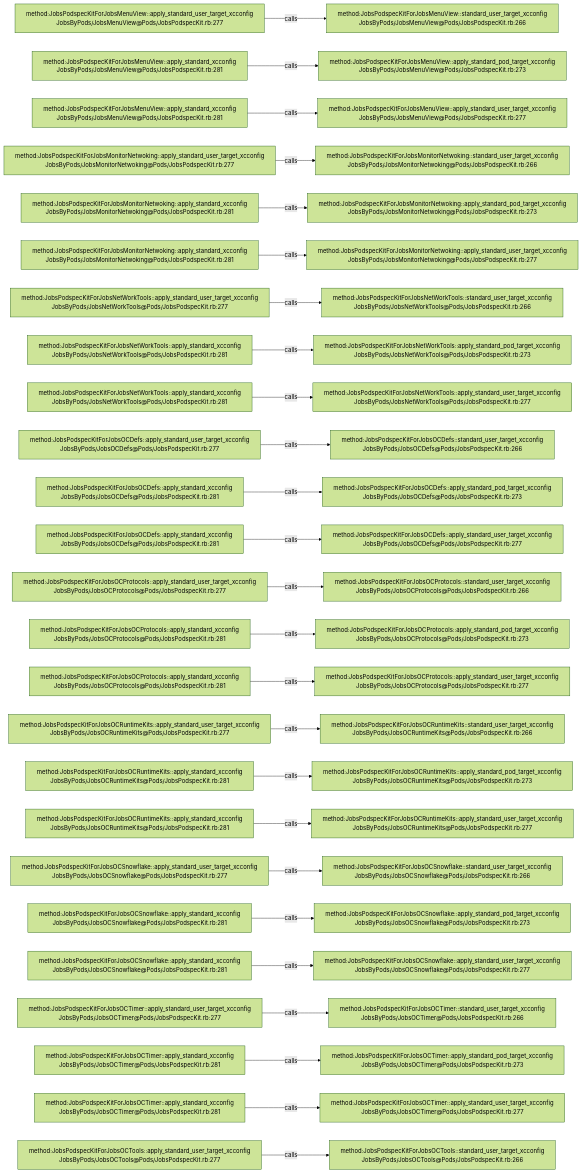
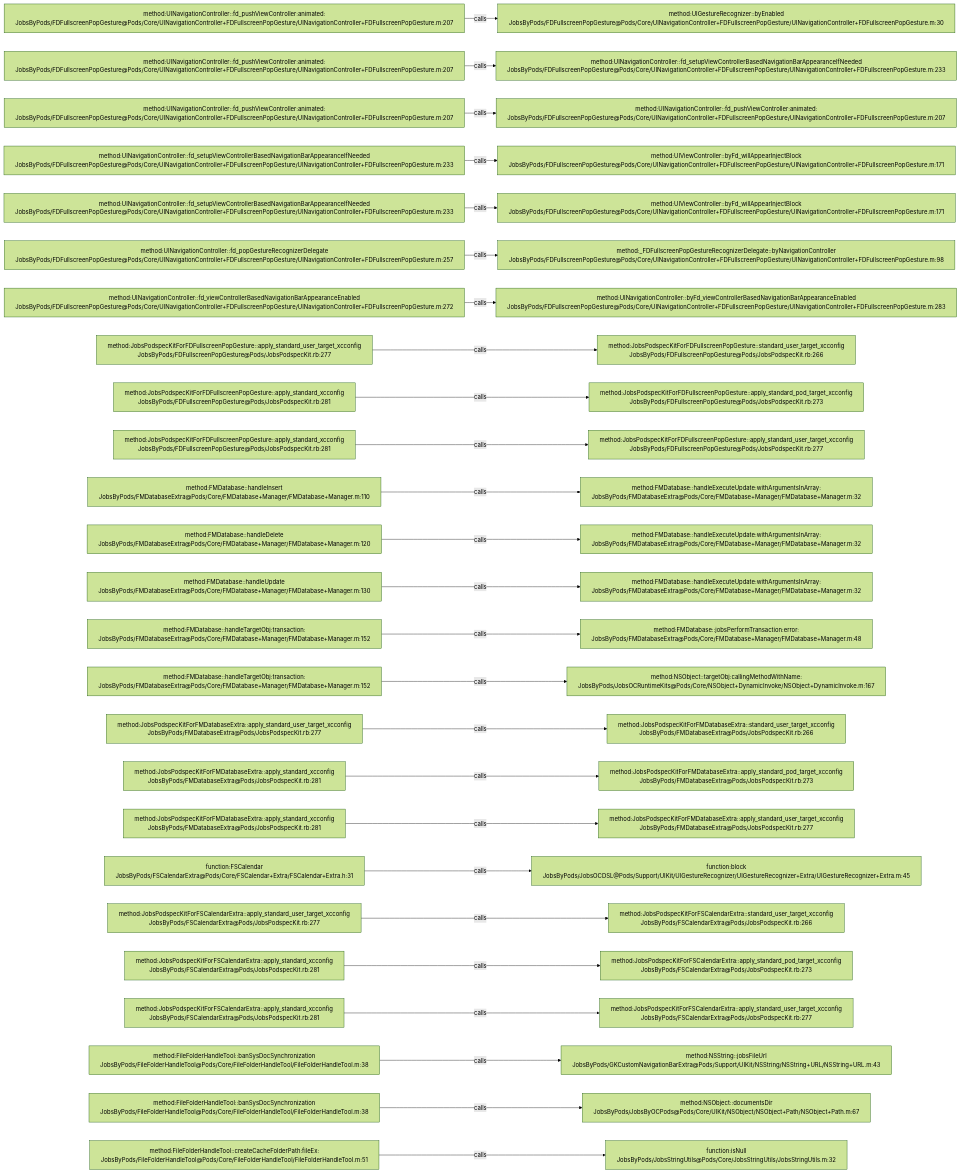
Before and after one commit to JobsKits/JobsOCBaseConfigDemo: the diagram in .codegraph/codegraph.md/graphs/calls-004.md, drawn with Mermaid (forest theme). The commit also changed 768 other files, not shown here.

````diff
--- a/.codegraph/codegraph.md/graphs/calls-004.md
+++ b/.codegraph/codegraph.md/graphs/calls-004.md
@@ -13,78 +13,78 @@
 ```mermaid
 flowchart LR
-  S1["method:JobsPodspecKitForJobsMenuView::apply_standard_user_target_xcconfig<br/>JobsByPods/JobsMenuView@Pods/JobsPodspecKit.rb:277"]
-  T1["method:JobsPodspecKitForJobsMenuView::standard_user_target_xcconfig<br/>JobsByPods/JobsMenuView@Pods/JobsPodspecKit.rb:266"]
+  S1["method:UINavigationController::fd_pushViewController:animated:<br/>JobsByPods/FDFullscreenPopGesture@Pods/Core/UINavigationController+FDFullscreenPopGesture/UINavigationController+FDFullscreenPopGesture.m:207"]
+  T1["method:UIGestureRecognizer::byEnabled<br/>JobsByPods/FDFullscreenPopGesture@Pods/Core/UINavigationController+FDFullscreenPopGesture/UINavigationController+FDFullscreenPopGesture.m:30"]
   S1 -->|calls| T1
-  S2["method:JobsPodspecKitForJobsMenuView::apply_standard_xcconfig<br/>JobsByPods/JobsMenuView@Pods/JobsPodspecKit.rb:281"]
-  T2["method:JobsPodspecKitForJobsMenuView::apply_standard_pod_target_xcconfig<br/>JobsByPods/JobsMenuView@Pods/JobsPodspecKit.rb:273"]
+  S2["method:UINavigationController::fd_pushViewController:animated:<br/>JobsByPods/FDFullscreenPopGesture@Pods/Core/UINavigationController+FDFullscreenPopGesture/UINavigationController+FDFullscreenPopGesture.m:207"]
+  T2["method:UINavigationController::fd_setupViewControllerBasedNavigationBarAppearanceIfNeeded<br/>JobsByPods/FDFullscreenPopGesture@Pods/Core/UINavigationController+FDFullscreenPopGesture/UINavigationController+FDFullscreenPopGesture.m:233"]
   S2 -->|calls| T2
-  S3["method:JobsPodspecKitForJobsMenuView::apply_standard_xcconfig<br/>JobsByPods/JobsMenuView@Pods/JobsPodspecKit.rb:281"]
-  T3["method:JobsPodspecKitForJobsMenuView::apply_standard_user_target_xcconfig<br/>JobsByPods/JobsMenuView@Pods/JobsPodspecKit.rb:277"]
+  S3["method:UINavigationController::fd_pushViewController:animated:<br/>JobsByPods/FDFullscreenPopGesture@Pods/Core/UINavigationController+FDFullscreenPopGesture/UINavigationController+FDFullscreenPopGesture.m:207"]
+  T3["method:UINavigationController::fd_pushViewController:animated:<br/>JobsByPods/FDFullscreenPopGesture@Pods/Core/UINavigationController+FDFullscreenPopGesture/UINavigationController+FDFullscreenPopGesture.m:207"]
   S3 -->|calls| T3
-  S4["method:JobsPodspecKitForJobsMonitorNetwoking::apply_standard_user_target_xcconfig<br/>JobsByPods/JobsMonitorNetwoking@Pods/JobsPodspecKit.rb:277"]
-  T4["method:JobsPodspecKitForJobsMonitorNetwoking::standard_user_target_xcconfig<br/>JobsByPods/JobsMonitorNetwoking@Pods/JobsPodspecKit.rb:266"]
+  S4["method:UINavigationController::fd_setupViewControllerBasedNavigationBarAppearanceIfNeeded<br/>JobsByPods/FDFullscreenPopGesture@Pods/Core/UINavigationController+FDFullscreenPopGesture/UINavigationController+FDFullscreenPopGesture.m:233"]
+  T4["method:UIViewController::byFd_willAppearInjectBlock<br/>JobsByPods/FDFullscreenPopGesture@Pods/Core/UINavigationController+FDFullscreenPopGesture/UINavigationController+FDFullscreenPopGesture.m:171"]
   S4 -->|calls| T4
-  S5["method:JobsPodspecKitForJobsMonitorNetwoking::apply_standard_xcconfig<br/>JobsByPods/JobsMonitorNetwoking@Pods/JobsPodspecKit.rb:281"]
-  T5["method:JobsPodspecKitForJobsMonitorNetwoking::apply_standard_pod_target_xcconfig<br/>JobsByPods/JobsMonitorNetwoking@Pods/JobsPodspecKit.rb:273"]
+  S5["method:UINavigationController::fd_setupViewControllerBasedNavigationBarAppearanceIfNeeded<br/>JobsByPods/FDFullscreenPopGesture@Pods/Core/UINavigationController+FDFullscreenPopGesture/UINavigationController+FDFullscreenPopGesture.m:233"]
+  T5["method:UIViewController::byFd_willAppearInjectBlock<br/>JobsByPods/FDFullscreenPopGesture@Pods/Core/UINavigationController+FDFullscreenPopGesture/UINavigationController+FDFullscreenPopGesture.m:171"]
   S5 -->|calls| T5
-  S6["method:JobsPodspecKitForJobsMonitorNetwoking::apply_standard_xcconfig<br/>JobsByPods/JobsMonitorNetwoking@Pods/JobsPodspecKit.rb:281"]
-  T6["method:JobsPodspecKitForJobsMonitorNetwoking::apply_standard_user_target_xcconfig<br/>JobsByPods/JobsMonitorNetwoking@Pods/JobsPodspecKit.rb:277"]
+  S6["method:UINavigationController::fd_popGestureRecognizerDelegate<br/>JobsByPods/FDFullscreenPopGesture@Pods/Core/UINavigationController+FDFullscreenPopGesture/UINavigationController+FDFullscreenPopGesture.m:257"]
+  T6["method:_FDFullscreenPopGestureRecognizerDelegate::byNavigationController<br/>JobsByPods/FDFullscreenPopGesture@Pods/Core/UINavigationController+FDFullscreenPopGesture/UINavigationController+FDFullscreenPopGesture.m:98"]
   S6 -->|calls| T6
-  S7["method:JobsPodspecKitForJobsNetWorkTools::apply_standard_user_target_xcconfig<br/>JobsByPods/JobsNetWorkTools@Pods/JobsPodspecKit.rb:277"]
-  T7["method:JobsPodspecKitForJobsNetWorkTools::standard_user_target_xcconfig<br/>JobsByPods/JobsNetWorkTools@Pods/JobsPodspecKit.rb:266"]
+  S7["method:UINavigationController::fd_viewControllerBasedNavigationBarAppearanceEnabled<br/>JobsByPods/FDFullscreenPopGesture@Pods/Core/UINavigationController+FDFullscreenPopGesture/UINavigationController+FDFullscreenPopGesture.m:272"]
+  T7["method:UINavigationController::byFd_viewControllerBasedNavigationBarAppearanceEnabled<br/>JobsByPods/FDFullscreenPopGesture@Pods/Core/UINavigationController+FDFullscreenPopGesture/UINavigationController+FDFullscreenPopGesture.m:283"]
   S7 -->|calls| T7
-  S8["method:JobsPodspecKitForJobsNetWorkTools::apply_standard_xcconfig<br/>JobsByPods/JobsNetWorkTools@Pods/JobsPodspecKit.rb:281"]
-  T8["method:JobsPodspecKitForJobsNetWorkTools::apply_standard_pod_target_xcconfig<br/>JobsByPods/JobsNetWorkTools@Pods/JobsPodspecKit.rb:273"]
+  S8["method:JobsPodspecKitForFDFullscreenPopGesture::apply_standard_user_target_xcconfig<br/>JobsByPods/FDFullscreenPopGesture@Pods/JobsPodspecKit.rb:277"]
+  T8["method:JobsPodspecKitForFDFullscreenPopGesture::standard_user_target_xcconfig<br/>JobsByPods/FDFullscreenPopGesture@Pods/JobsPodspecKit.rb:266"]
   S8 -->|calls| T8
-  S9["method:JobsPodspecKitForJobsNetWorkTools::apply_standard_xcconfig<br/>JobsByPods/JobsNetWorkTools@Pods/JobsPodspecKit.rb:281"]
-  T9["method:JobsPodspecKitForJobsNetWorkTools::apply_standard_user_target_xcconfig<br/>JobsByPods/JobsNetWorkTools@Pods/JobsPodspecKit.rb:277"]
+  S9["method:JobsPodspecKitForFDFullscreenPopGesture::apply_standard_xcconfig<br/>JobsByPods/FDFullscreenPopGesture@Pods/JobsPodspecKit.rb:281"]
+  T9["method:JobsPodspecKitForFDFullscreenPopGesture::apply_standard_pod_target_xcconfig<br/>JobsByPods/FDFullscreenPopGesture@Pods/JobsPodspecKit.rb:273"]
   S9 -->|calls| T9
-  S10["method:JobsPodspecKitForJobsOCDefs::apply_standard_user_target_xcconfig<br/>JobsByPods/JobsOCDefs@Pods/JobsPodspecKit.rb:277"]
-  T10["method:JobsPodspecKitForJobsOCDefs::standard_user_target_xcconfig<br/>JobsByPods/JobsOCDefs@Pods/JobsPodspecKit.rb:266"]
+  S10["method:JobsPodspecKitForFDFullscreenPopGesture::apply_standard_xcconfig<br/>JobsByPods/FDFullscreenPopGesture@Pods/JobsPodspecKit.rb:281"]
+  T10["method:JobsPodspecKitForFDFullscreenPopGesture::apply_standard_user_target_xcconfig<br/>JobsByPods/FDFullscreenPopGesture@Pods/JobsPodspecKit.rb:277"]
   S10 -->|calls| T10
-  S11["method:JobsPodspecKitForJobsOCDefs::apply_standard_xcconfig<br/>JobsByPods/JobsOCDefs@Pods/JobsPodspecKit.rb:281"]
-  T11["method:JobsPodspecKitForJobsOCDefs::apply_standard_pod_target_xcconfig<br/>JobsByPods/JobsOCDefs@Pods/JobsPodspecKit.rb:273"]
+  S11["method:FMDatabase::handleInsert<br/>JobsByPods/FMDatabaseExtra@Pods/Core/FMDatabase+Manager/FMDatabase+Manager.m:110"]
+  T11["method:FMDatabase::handleExecuteUpdate:withArgumentsInArray:<br/>JobsByPods/FMDatabaseExtra@Pods/Core/FMDatabase+Manager/FMDatabase+Manager.m:32"]
   S11 -->|calls| T11
-  S12["method:JobsPodspecKitForJobsOCDefs::apply_standard_xcconfig<br/>JobsByPods/JobsOCDefs@Pods/JobsPodspecKit.rb:281"]
-  T12["method:JobsPodspecKitForJobsOCDefs::apply_standard_user_target_xcconfig<br/>JobsByPods/JobsOCDefs@Pods/JobsPodspecKit.rb:277"]
+  S12["method:FMDatabase::handleDelete<br/>JobsByPods/FMDatabaseExtra@Pods/Core/FMDatabase+Manager/FMDatabase+Manager.m:120"]
+  T12["method:FMDatabase::handleExecuteUpdate:withArgumentsInArray:<br/>JobsByPods/FMDatabaseExtra@Pods/Core/FMDatabase+Manager/FMDatabase+Manager.m:32"]
   S12 -->|calls| T12
-  S13["method:JobsPodspecKitForJobsOCProtocols::apply_standard_user_target_xcconfig<br/>JobsByPods/JobsOCProtocols@Pods/JobsPodspecKit.rb:277"]
-  T13["method:JobsPodspecKitForJobsOCProtocols::standard_user_target_xcconfig<br/>JobsByPods/JobsOCProtocols@Pods/JobsPodspecKit.rb:266"]
+  S13["method:FMDatabase::handleUpdate<br/>JobsByPods/FMDatabaseExtra@Pods/Core/FMDatabase+Manager/FMDatabase+Manager.m:130"]
+  T13["method:FMDatabase::handleExecuteUpdate:withArgumentsInArray:<br/>JobsByPods/FMDatabaseExtra@Pods/Core/FMDatabase+Manager/FMDatabase+Manager.m:32"]
   S13 -->|calls| T13
-  S14["method:JobsPodspecKitForJobsOCProtocols::apply_standard_xcconfig<br/>JobsByPods/JobsOCProtocols@Pods/JobsPodspecKit.rb:281"]
-  T14["method:JobsPodspecKitForJobsOCProtocols::apply_standard_pod_target_xcconfig<br/>JobsByPods/JobsOCProtocols@Pods/JobsPodspecKit.rb:273"]
+  S14["method:FMDatabase::handleTargetObj:transaction:<br/>JobsByPods/FMDatabaseExtra@Pods/Core/FMDatabase+Manager/FMDatabase+Manager.m:152"]
+  T14["method:FMDatabase::jobsPerformTransaction:error:<br/>JobsByPods/FMDatabaseExtra@Pods/Core/FMDatabase+Manager/FMDatabase+Manager.m:48"]
   S14 -->|calls| T14
-  S15["method:JobsPodspecKitForJobsOCProtocols::apply_standard_xcconfig<br/>JobsByPods/JobsOCProtocols@Pods/JobsPodspecKit.rb:281"]
-  T15["method:JobsPodspecKitForJobsOCProtocols::apply_standard_user_target_xcconfig<br/>JobsByPods/JobsOCProtocols@Pods/JobsPodspecKit.rb:277"]
+  S15["method:FMDatabase::handleTargetObj:transaction:<br/>JobsByPods/FMDatabaseExtra@Pods/Core/FMDatabase+Manager/FMDatabase+Manager.m:152"]
+  T15["method:NSObject::targetObj:callingMethodWithName:<br/>JobsByPods/JobsOCRuntimeKits@Pods/Core/NSObject+DynamicInvoke/NSObject+DynamicInvoke.m:167"]
   S15 -->|calls| T15
-  S16["method:JobsPodspecKitForJobsOCRuntimeKits::apply_standard_user_target_xcconfig<br/>JobsByPods/JobsOCRuntimeKits@Pods/JobsPodspecKit.rb:277"]
-  T16["method:JobsPodspecKitForJobsOCRuntimeKits::standard_user_target_xcconfig<br/>JobsByPods/JobsOCRuntimeKits@Pods/JobsPodspecKit.rb:266"]
+  S16["method:JobsPodspecKitForFMDatabaseExtra::apply_standard_user_target_xcconfig<br/>JobsByPods/FMDatabaseExtra@Pods/JobsPodspecKit.rb:277"]
+  T16["method:JobsPodspecKitForFMDatabaseExtra::standard_user_target_xcconfig<br/>JobsByPods/FMDatabaseExtra@Pods/JobsPodspecKit.rb:266"]
   S16 -->|calls| T16
-  S17["method:JobsPodspecKitForJobsOCRuntimeKits::apply_standard_xcconfig<br/>JobsByPods/JobsOCRuntimeKits@Pods/JobsPodspecKit.rb:281"]
-  T17["method:JobsPodspecKitForJobsOCRuntimeKits::apply_standard_pod_target_xcconfig<br/>JobsByPods/JobsOCRuntimeKits@Pods/JobsPodspecKit.rb:273"]
+  S17["method:JobsPodspecKitForFMDatabaseExtra::apply_standard_xcconfig<br/>JobsByPods/FMDatabaseExtra@Pods/JobsPodspecKit.rb:281"]
+  T17["method:JobsPodspecKitForFMDatabaseExtra::apply_standard_pod_target_xcconfig<br/>JobsByPods/FMDatabaseExtra@Pods/JobsPodspecKit.rb:273"]
   S17 -->|calls| T17
-  S18["method:JobsPodspecKitForJobsOCRuntimeKits::apply_standard_xcconfig<br/>JobsByPods/JobsOCRuntimeKits@Pods/JobsPodspecKit.rb:281"]
-  T18["method:JobsPodspecKitForJobsOCRuntimeKits::apply_standard_user_target_xcconfig<br/>JobsByPods/JobsOCRuntimeKits@Pods/JobsPodspecKit.rb:277"]
+  S18["method:JobsPodspecKitForFMDatabaseExtra::apply_standard_xcconfig<br/>JobsByPods/FMDatabaseExtra@Pods/JobsPodspecKit.rb:281"]
+  T18["method:JobsPodspecKitForFMDatabaseExtra::apply_standard_user_target_xcconfig<br/>JobsByPods/FMDatabaseExtra@Pods/JobsPodspecKit.rb:277"]
   S18 -->|calls| T18
-  S19["method:JobsPodspecKitForJobsOCSnowflake::apply_standard_user_target_xcconfig<br/>JobsByPods/JobsOCSnowflake@Pods/JobsPodspecKit.rb:277"]
-  T19["method:JobsPodspecKitForJobsOCSnowflake::standard_user_target_xcconfig<br/>JobsByPods/JobsOCSnowflake@Pods/JobsPodspecKit.rb:266"]
+  S19["function:FSCalendar<br/>JobsByPods/FSCalendarExtra@Pods/Core/FSCalendar+Extra/FSCalendar+Extra.h:31"]
+  T19["function:block<br/>JobsByPods/JobsOCDSL@Pods/Support/UIKit/UIGestureRecognizer/UIGestureRecognizer+Extra/UIGestureRecognizer+Extra.m:45"]
   S19 -->|calls| T19
-  S20["method:JobsPodspecKitForJobsOCSnowflake::apply_standard_xcconfig<br/>JobsByPods/JobsOCSnowflake@Pods/JobsPodspecKit.rb:281"]
-  T20["method:JobsPodspecKitForJobsOCSnowflake::apply_standard_pod_target_xcconfig<br/>JobsByPods/JobsOCSnowflake@Pods/JobsPodspecKit.rb:273"]
+  S20["method:JobsPodspecKitForFSCalendarExtra::apply_standard_user_target_xcconfig<br/>JobsByPods/FSCalendarExtra@Pods/JobsPodspecKit.rb:277"]
+  T20["method:JobsPodspecKitForFSCalendarExtra::standard_user_target_xcconfig<br/>JobsByPods/FSCalendarExtra@Pods/JobsPodspecKit.rb:266"]
   S20 -->|calls| T20
-  S21["method:JobsPodspecKitForJobsOCSnowflake::apply_standard_xcconfig<br/>JobsByPods/JobsOCSnowflake@Pods/JobsPodspecKit.rb:281"]
-  T21["method:JobsPodspecKitForJobsOCSnowflake::apply_standard_user_target_xcconfig<br/>JobsByPods/JobsOCSnowflake@Pods/JobsPodspecKit.rb:277"]
+  S21["method:JobsPodspecKitForFSCalendarExtra::apply_standard_xcconfig<br/>JobsByPods/FSCalendarExtra@Pods/JobsPodspecKit.rb:281"]
+  T21["method:JobsPodspecKitForFSCalendarExtra::apply_standard_pod_target_xcconfig<br/>JobsByPods/FSCalendarExtra@Pods/JobsPodspecKit.rb:273"]
   S21 -->|calls| T21
-  S22["method:JobsPodspecKitForJobsOCTimer::apply_standard_user_target_xcconfig<br/>JobsByPods/JobsOCTimer@Pods/JobsPodspecKit.rb:277"]
-  T22["method:JobsPodspecKitForJobsOCTimer::standard_user_target_xcconfig<br/>JobsByPods/JobsOCTimer@Pods/JobsPodspecKit.rb:266"]
+  S22["method:JobsPodspecKitForFSCalendarExtra::apply_standard_xcconfig<br/>JobsByPods/FSCalendarExtra@Pods/JobsPodspecKit.rb:281"]
+  T22["method:JobsPodspecKitForFSCalendarExtra::apply_standard_user_target_xcconfig<br/>JobsByPods/FSCalendarExtra@Pods/JobsPodspecKit.rb:277"]
   S22 -->|calls| T22
-  S23["method:JobsPodspecKitForJobsOCTimer::apply_standard_xcconfig<br/>JobsByPods/JobsOCTimer@Pods/JobsPodspecKit.rb:281"]
-  T23["method:JobsPodspecKitForJobsOCTimer::apply_standard_pod_target_xcconfig<br/>JobsByPods/JobsOCTimer@Pods/JobsPodspecKit.rb:273"]
+  S23["method:FileFolderHandleTool::banSysDocSynchronization<br/>JobsByPods/FileFolderHandleTool@Pods/Core/FileFolderHandleTool/FileFolderHandleTool.m:38"]
+  T23["method:NSString::jobsFileUrl<br/>JobsByPods/GKCustomNavigationBarExtra@Pods/Support/UIKit/NSString/NSString+URL/NSString+URL.m:43"]
   S23 -->|calls| T23
-  S24["method:JobsPodspecKitForJobsOCTimer::apply_standard_xcconfig<br/>JobsByPods/JobsOCTimer@Pods/JobsPodspecKit.rb:281"]
-  T24["method:JobsPodspecKitForJobsOCTimer::apply_standard_user_target_xcconfig<br/>JobsByPods/JobsOCTimer@Pods/JobsPodspecKit.rb:277"]
+  S24["method:FileFolderHandleTool::banSysDocSynchronization<br/>JobsByPods/FileFolderHandleTool@Pods/Core/FileFolderHandleTool/FileFolderHandleTool.m:38"]
+  T24["method:NSObject::documentsDir<br/>JobsByPods/JobsByOCPods@Pods/Core/UIKit/NSObject/NSObject+Path/NSObject+Path.m:67"]
   S24 -->|calls| T24
-  S25["method:JobsPodspecKitForJobsOCTools::apply_standard_user_target_xcconfig<br/>JobsByPods/JobsOCTools@Pods/JobsPodspecKit.rb:277"]
-  T25["method:JobsPodspecKitForJobsOCTools::standard_user_target_xcconfig<br/>JobsByPods/JobsOCTools@Pods/JobsPodspecKit.rb:266"]
+  S25["method:FileFolderHandleTool::createCacheFolderPath:fileEx:<br/>JobsByPods/FileFolderHandleTool@Pods/Core/FileFolderHandleTool/FileFolderHandleTool.m:51"]
+  T25["function:isNull<br/>JobsByPods/JobsStringUtils@Pods/Core/JobsStringUtils/JobsStringUtils.m:32"]
   S25 -->|calls| T25
 ```
````
